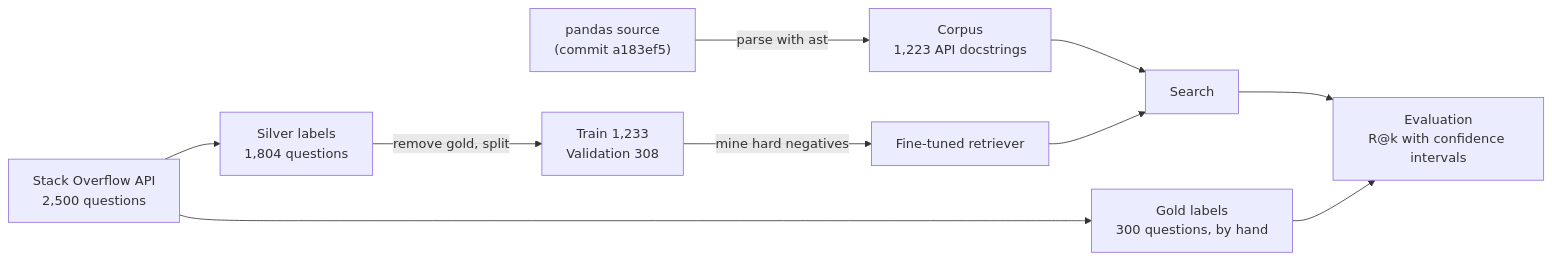
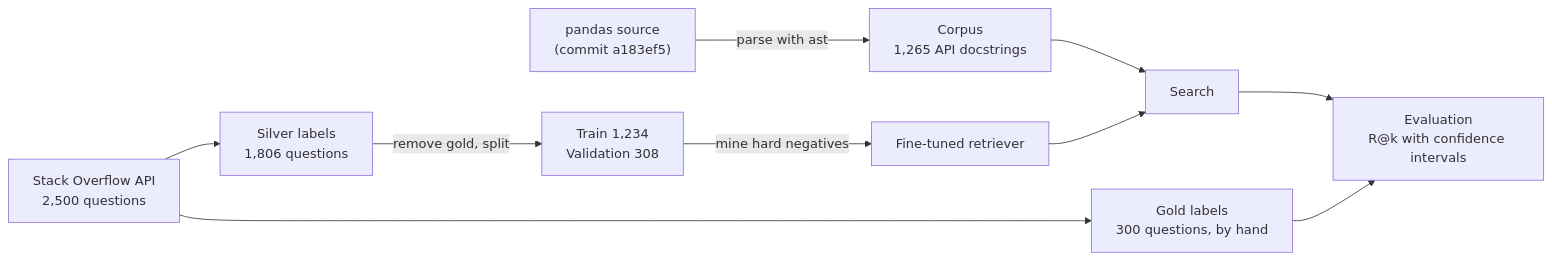
The diagram in README.md (AGB2210/rag-for-pandas), drawn with Mermaid before and after one commit. The commit also changed other lines of this file and 5 other files, not shown here.

````diff
--- a/README.md
+++ b/README.md
@@ -52,12 +54,12 @@
 ```mermaid
 flowchart LR
-    A["pandas source<br/>(commit a183ef5)"] -->|parse with ast| B["Corpus<br/>1,223 API docstrings"]
-    C["Stack Overflow API<br/>2,500 questions"] --> D["Silver labels<br/>1,804 questions"]
+    A["pandas source<br/>(commit a183ef5)"] -->|parse with ast| B["Corpus<br/>1,265 API docstrings"]
+    C["Stack Overflow API<br/>2,500 questions"] --> D["Silver labels<br/>1,806 questions"]
     C --> E["Gold labels<br/>300 questions, by hand"]
-    D -->|remove gold, split| F["Train 1,233<br/>Validation 308"]
+    D -->|remove gold, split| F["Train 1,234<br/>Validation 308"]
     F -->|mine hard negatives| G["Fine-tuned retriever"]
     B --> H["Search"]
     G --> H
     H --> I["Evaluation<br/>R@k with confidence intervals"]
     E --> I
 ```
````
